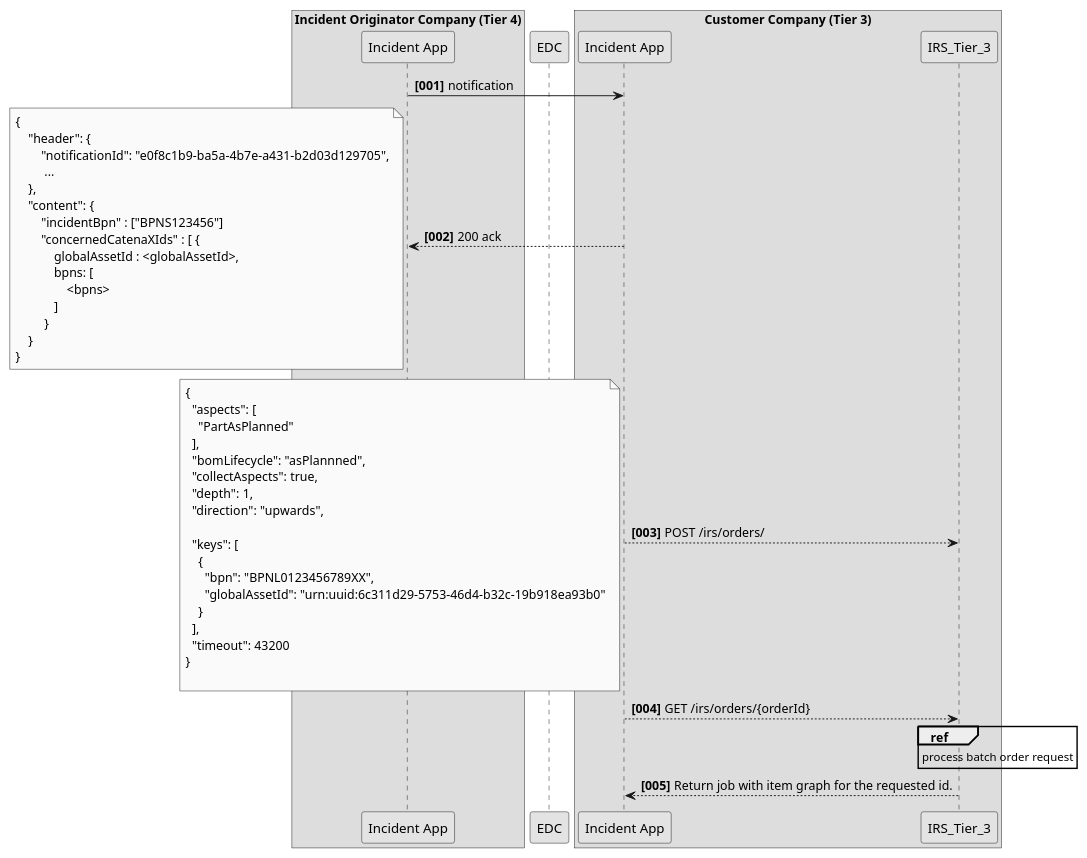
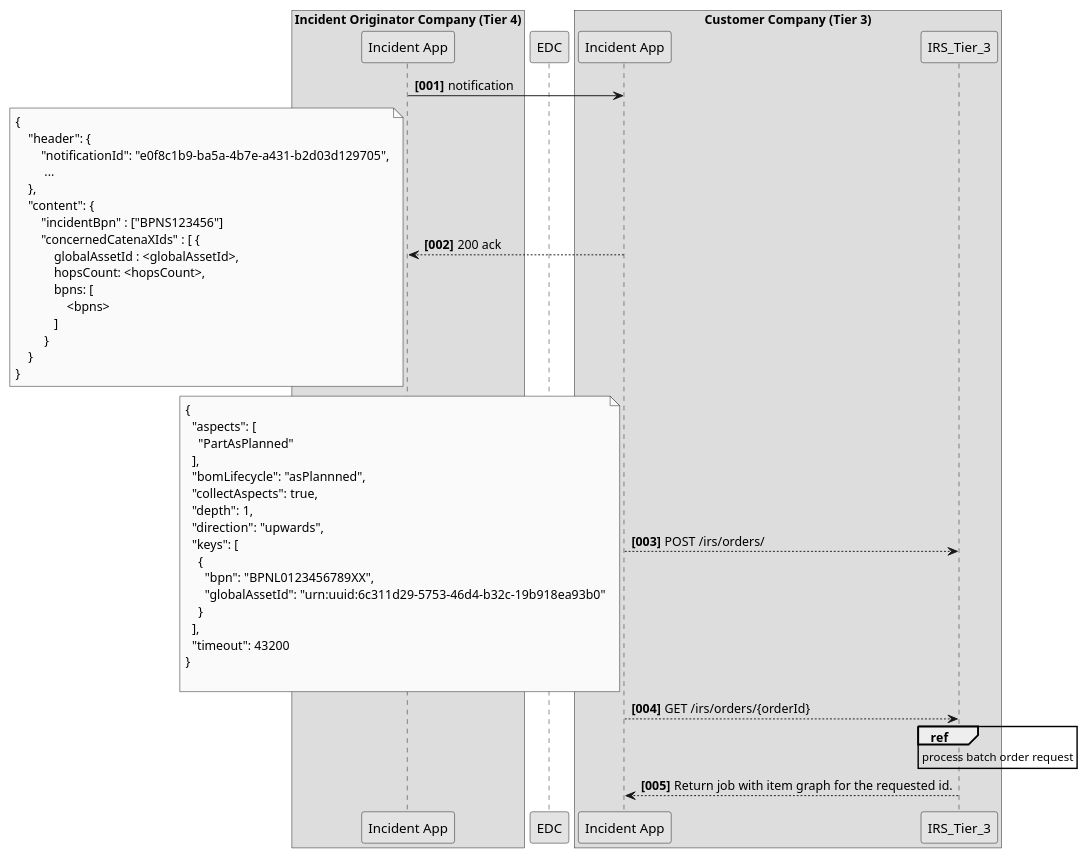
The diagram in docs/src/uml-diagrams/irs-recursive/ess-bottom-up/sequence/ess-bottom-up-sequence-customer-highlevel.puml (eclipse-tractusx/item-relationship-service), drawn with PlantUML before and after one commit. The commit also changed 3 other files, not shown here.

Commit message:
fix(digram):[TRI-1417]  add hops count

```diff
--- a/docs/src/uml-diagrams/irs-recursive/ess-bottom-up/sequence/ess-bottom-up-sequence-customer-highlevel.puml
+++ b/docs/src/uml-diagrams/irs-recursive/ess-bottom-up/sequence/ess-bottom-up-sequence-customer-highlevel.puml
@@ -1,67 +1,67 @@
 @startuml
 skinparam monochrome true
 skinparam shadowing false
 skinparam defaultFontName "Architects daughter"
 
 autonumber "<b>[000]"
 
 box Incident Originator Company (Tier 4)
     participant "Incident App" as BusinessApp_Tier_4
 end box
 
 participant EDC
 
 box Customer Company (Tier 3)
 participant "Incident App" as BusinessApp_Tier_3
 
 
 BusinessApp_Tier_4 -> BusinessApp_Tier_3 : notification
 BusinessApp_Tier_4 <-- BusinessApp_Tier_3 : 200 ack
 note left
 {
     "header": {
         "notificationId": "e0f8c1b9-ba5a-4b7e-a431-b2d03d129705",
          ...
     },
     "content": {
         "incidentBpn" : ["BPNS123456"]
         "concernedCatenaXIds" : [ {
             globalAssetId : <globalAssetId>,
+            hopsCount: <hopsCount>,
             bpns: [
                 <bpns>
             ]
          }
     }
 }
 end note
 
     BusinessApp_Tier_3 --> IRS_Tier_3 :  POST /irs/orders/
     note left
         {
           "aspects": [
             "PartAsPlanned"
           ],
           "bomLifecycle": "asPlannned",
           "collectAspects": true,
           "depth": 1,
           "direction": "upwards",
-
           "keys": [
             {
               "bpn": "BPNL0123456789XX",
               "globalAssetId": "urn:uuid:6c311d29-5753-46d4-b32c-19b918ea93b0"
             }
           ],
           "timeout": 43200
         }
 
     end note
     BusinessApp_Tier_3 --> IRS_Tier_3 :  GET /irs/orders/{orderId}
     ref over IRS_Tier_3
         process batch order request
     end ref
     BusinessApp_Tier_3 <-- IRS_Tier_3 : Return job with item graph for the requested id.
 
 
 
 @enduml
```
